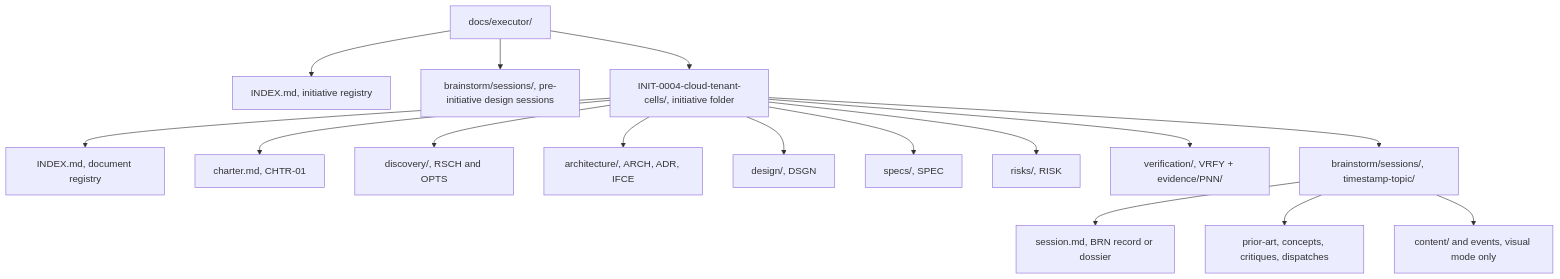
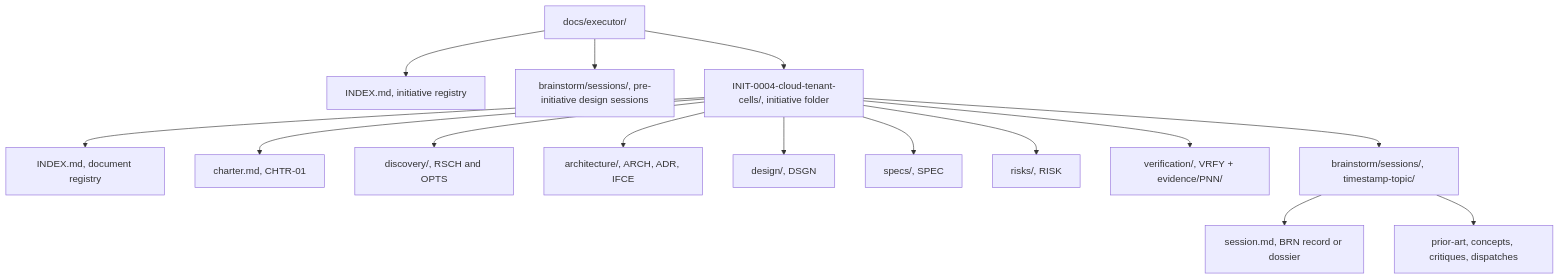
The first of 6 diagrams in skills/executor/references/layout.md (Atri10/executor), drawn with Mermaid before and after one commit. The commit also changed other lines of this file and 9 other files, not shown here.

````diff
--- a/skills/executor/references/layout.md
+++ b/skills/executor/references/layout.md
@@ -8,18 +8,17 @@
 ```mermaid
 flowchart TB
     ROOT["docs/executor/"] --> REG["INDEX.md, initiative registry"]
     ROOT --> PRE["brainstorm/sessions/, pre-initiative design sessions"]
     ROOT --> INIT["INIT-0004-cloud-tenant-cells/, initiative folder"]
     INIT --> IREG["INDEX.md, document registry"]
     INIT --> CH["charter.md, CHTR-01"]
     INIT --> DISC["discovery/, RSCH and OPTS"]
     INIT --> ARCH["architecture/, ARCH, ADR, IFCE"]
     INIT --> DESIGN["design/, DSGN"]
     INIT --> SPECS["specs/, SPEC"]
     INIT --> RISKS["risks/, RISK"]
     INIT --> VERIFY["verification/, VRFY + evidence/PNN/"]
     INIT --> BRAIN["brainstorm/sessions/, timestamp-topic/"]
     BRAIN --> REC["session.md, BRN record or dossier"]
     BRAIN --> WORK["prior-art, concepts, critiques, dispatches"]
-    BRAIN --> CONTENT["content/ and events, visual mode only"]
 ```
````
